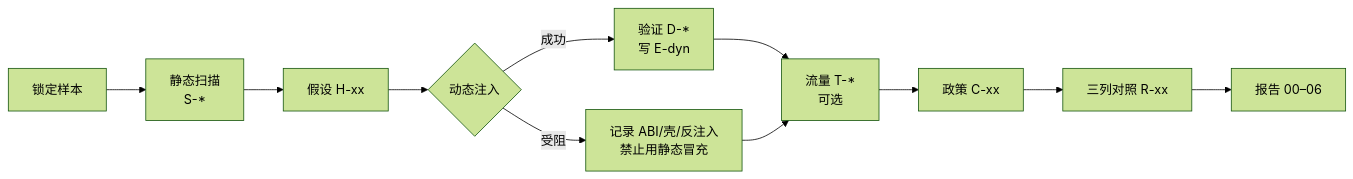
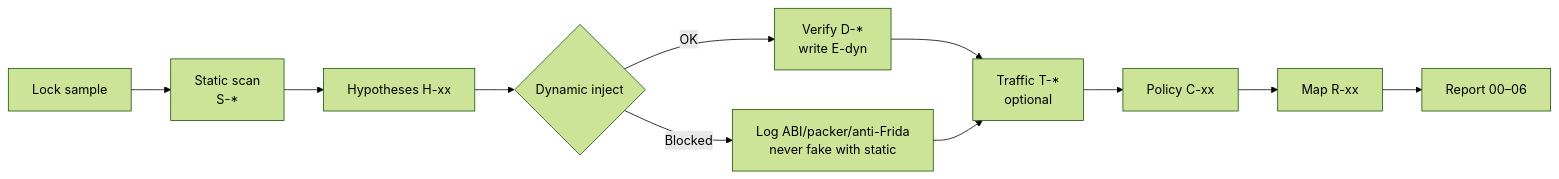
The second of 4 diagrams in README.md (ConradLu2740/app-privacy-audit), drawn with Mermaid (forest theme) before and after one commit. The commit also changed other lines of this file and 1 other file, not shown here.

````diff
--- a/README.md
+++ b/README.md
@@ -90,13 +92,13 @@
 ```mermaid
 flowchart LR
-  A["锁定样本"] --> B["静态扫描<br/>S-*"]
-  B --> C["假设 H-xx"]
-  C --> D{"动态注入"}
-  D -->|成功| E["验证 D-*<br/>写 E-dyn"]
-  D -->|受阻| F["记录 ABI/壳/反注入<br/>禁止用静态冒充"]
-  E --> G["流量 T-*<br/>可选"]
+  A["Lock sample"] --> B["Static scan<br/>S-*"]
+  B --> C["Hypotheses H-xx"]
+  C --> D{"Dynamic inject"}
+  D -->|OK| E["Verify D-*<br/>write E-dyn"]
+  D -->|Blocked| F["Log ABI/packer/anti-Frida<br/>never fake with static"]
+  E --> G["Traffic T-*<br/>optional"]
   F --> G
-  G --> H["政策 C-xx"]
-  H --> I["三列对照 R-xx"]
-  I --> J["报告 00–06"]
+  G --> H["Policy C-xx"]
+  H --> I["Map R-xx"]
+  I --> J["Report 00–06"]
 ```
````
